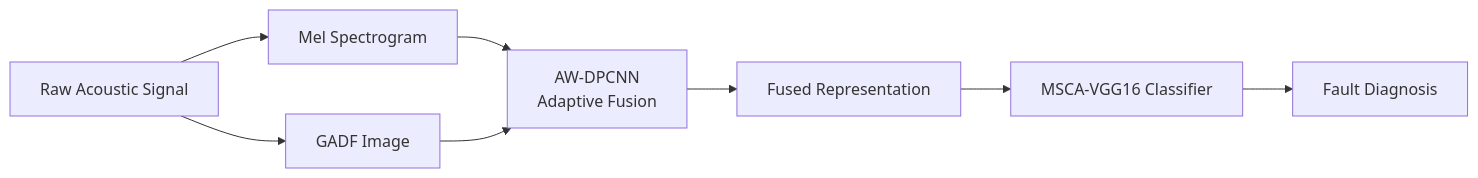
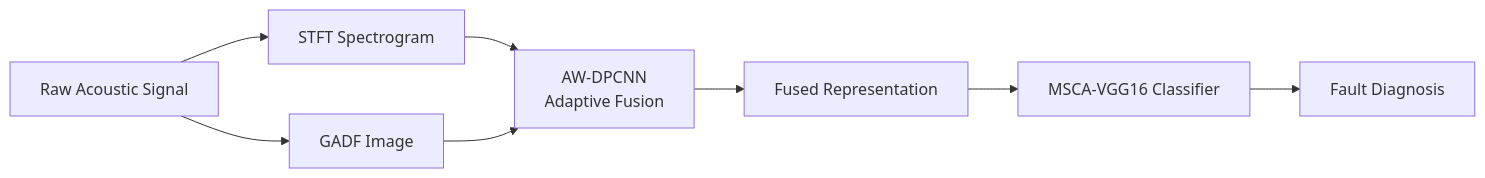
Before and after one commit to 1052554665/AW-DPCNN: the diagram in README.md, drawn with Mermaid. The commit also changed other lines of this file and 3 other files, not shown here.

````diff
--- a/README.md
+++ b/README.md
@@ -109,10 +46,10 @@
 ```mermaid
 flowchart LR
-    A[Raw Acoustic Signal] --> B1[Mel Spectrogram]
+    A[Raw Acoustic Signal] --> B1[STFT Spectrogram]
     A --> B2[GADF Image]
     B1 --> C[AW-DPCNN<br/>Adaptive Fusion]
     B2 --> C
     C --> D[Fused Representation]
     D --> E[MSCA-VGG16 Classifier]
     E --> F[Fault Diagnosis]
 ```
````
